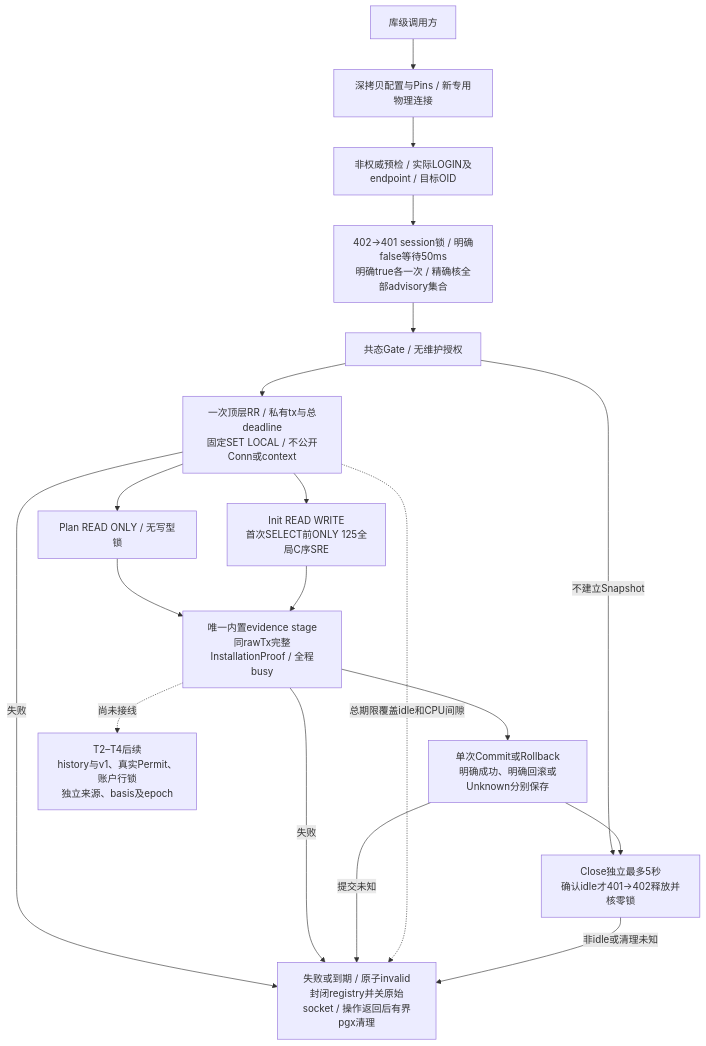
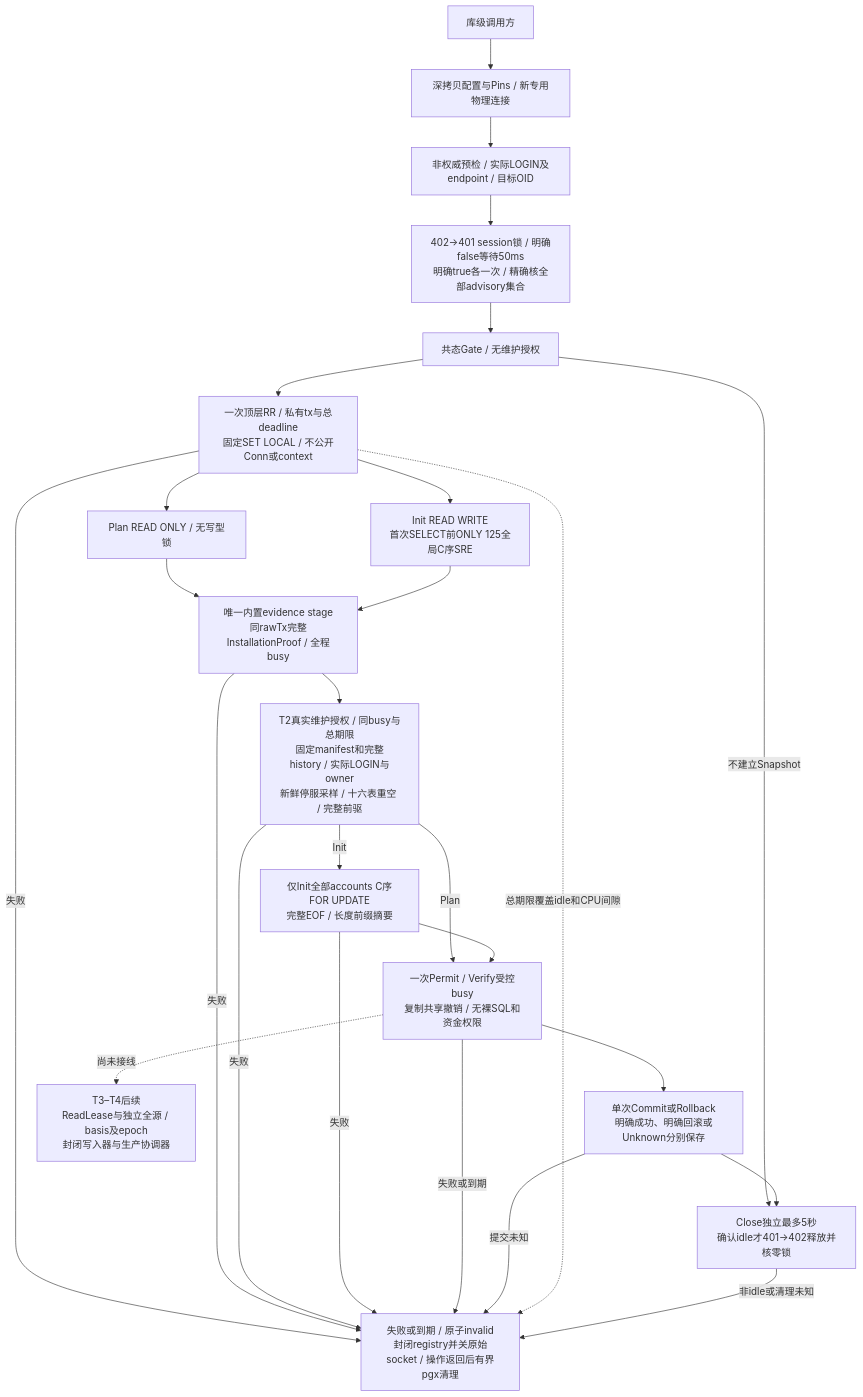
One commit to workhold/moni-aigate changed the diagram in docs/architecture/maintenance-gate.md. Above: the diagram before and after it, drawn with Mermaid. The commit also changed other lines of this file and 57 other files, not shown here.

````diff
--- a/docs/architecture/maintenance-gate.md
+++ b/docs/architecture/maintenance-gate.md
@@ -5,36 +5,49 @@
 ```mermaid
 flowchart TD
     Caller[库级调用方]
     Connect[深拷贝配置与Pins / 新专用物理连接]
     Preflight[非权威预检 / 实际LOGIN及endpoint / 目标OID]
     Locks[402→401 session锁 / 明确false等待50ms
 明确true各一次 / 精确核全部advisory集合]
     Gate[共态Gate / 无维护授权]
     Begin[一次顶层RR / 私有tx与总deadline
 固定SET LOCAL / 不公开Conn或context]
     Plan[Plan READ ONLY / 无写型锁]
     Init[Init READ WRITE
 首次SELECT前ONLY 125全局C序SRE]
     Catalog[唯一内置evidence stage
 同rawTx完整InstallationProof / 全程busy]
+    Authority[T2真实维护授权 / 同busy与总期限
+固定manifest和完整history / 实际LOGIN与owner
+新鲜停服采样 / 十六表重空 / 完整前驱]
+    Accounts[仅Init全部accounts C序FOR UPDATE
+完整EOF / 长度前缀摘要]
+    Permit[一次Permit / Verify受控busy
+复制共享撤销 / 无裸SQL和资金权限]
     Finish[单次Commit或Rollback
 明确成功、明确回滚或Unknown分别保存]
     Cleanup[Close独立最多5秒
 确认idle才401→402释放并核零锁]
     Destroy[失败或到期 / 原子invalid
 封闭registry并关原始socket / 操作返回后有界pgx清理]
-    Future[T2–T4后续
-history与v1、真实Permit、账户行锁
-独立来源、basis及epoch]
+    Future[T3–T4后续
+ReadLease与独立全源 / basis及epoch
+封闭写入器与生产协调器]
     Caller --> Connect --> Preflight --> Locks --> Gate --> Begin
     Gate -->|不建立Snapshot| Cleanup
     Begin --> Plan --> Catalog
     Begin --> Init --> Catalog
-    Catalog --> Finish --> Cleanup
+    Catalog --> Authority
+    Authority -->|Plan| Permit
+    Authority -->|Init| Accounts --> Permit
+    Permit --> Finish --> Cleanup
     Begin -->|失败| Destroy
     Catalog -->|失败| Destroy
+    Authority -->|失败| Destroy
+    Accounts -->|失败| Destroy
+    Permit -->|失败或到期| Destroy
     Finish -->|提交未知| Destroy
     Begin -. 总期限覆盖idle和CPU间隙 .-> Destroy
     Cleanup -->|非idle或清理未知| Destroy
-    Catalog -. 尚未接线 .-> Future
+    Permit -. 尚未接线 .-> Future
 ```
````
